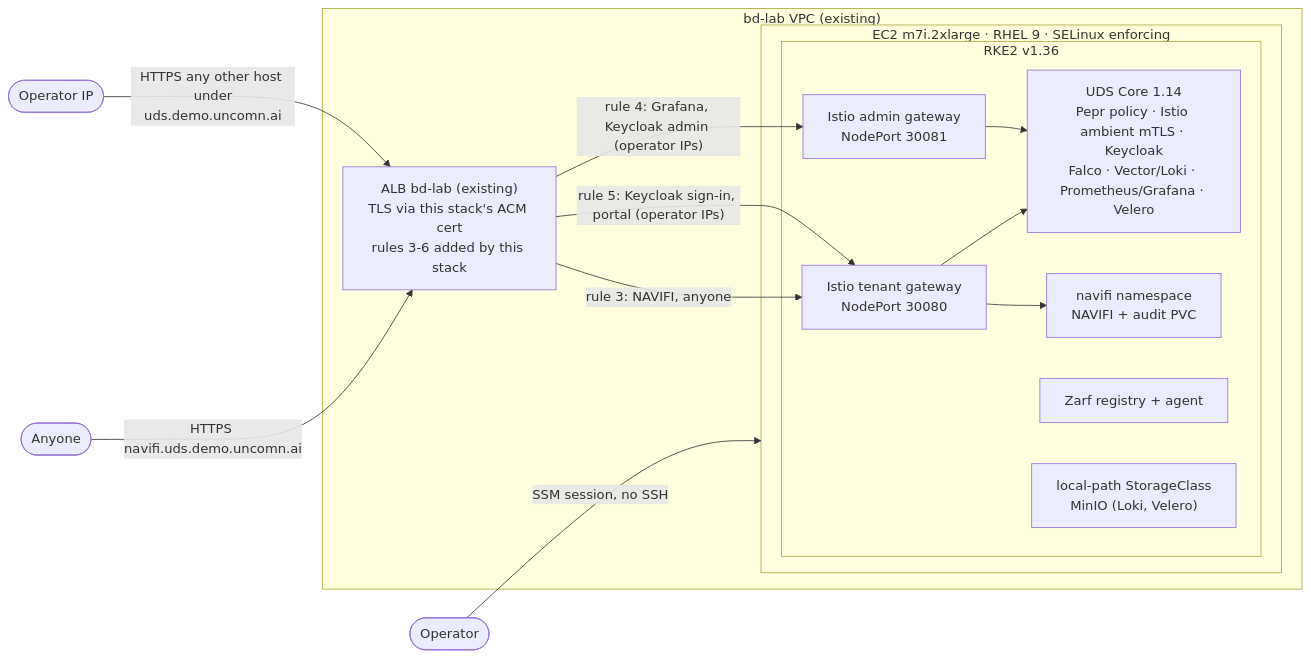
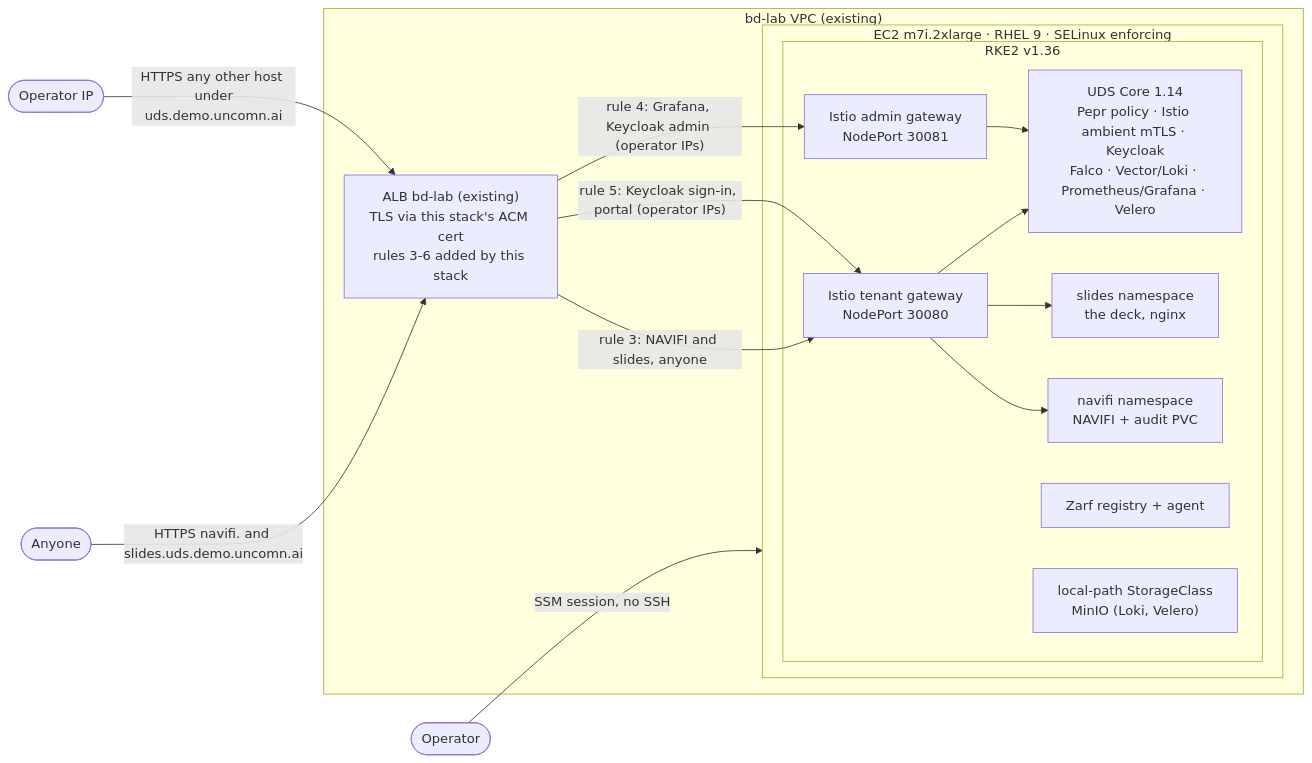
Before and after one commit to bschumacher-uncomn/HAWSIR: the diagram in infra/README.md, drawn with Mermaid. The commit also changed other lines of this file and 10 other files, not shown here.

Commit message:
Slides site: HAWSIR deck at slides.uds.demo.uncomn.ai (viewer, presenter view, PDF/PPTX downloads, zarf package)

````diff
--- a/infra/README.md
+++ b/infra/README.md
@@ -11,24 +11,26 @@
 ```mermaid
 flowchart LR
-  user([Anyone]) -->|"HTTPS navifi.uds.demo.uncomn.ai"| alb
+  user([Anyone]) -->|"HTTPS navifi. and slides.uds.demo.uncomn.ai"| alb
   opr([Operator IP]) -->|"HTTPS any other host under<br/>uds.demo.uncomn.ai"| alb
   ssm([Operator]) -->|SSM session, no SSH| node
 
   subgraph aws["bd-lab VPC (existing)"]
     alb["ALB bd-lab (existing)<br/>TLS via this stack's ACM cert<br/>rules 3-6 added by this stack"]
     subgraph node["EC2 m7i.2xlarge · RHEL 9 · SELinux enforcing"]
       subgraph rke2["RKE2 v1.36"]
         tgw["Istio tenant gateway<br/>NodePort 30080"]
         agw["Istio admin gateway<br/>NodePort 30081"]
         app["navifi namespace<br/>NAVIFI + audit PVC"]
+        deck["slides namespace<br/>the deck, nginx"]
         core["UDS Core 1.14<br/>Pepr policy · Istio ambient mTLS · Keycloak<br/>Falco · Vector/Loki · Prometheus/Grafana · Velero"]
         zarf["Zarf registry + agent"]
         store["local-path StorageClass<br/>MinIO (Loki, Velero)"]
       end
     end
   end
 
-  alb -->|"rule 3: NAVIFI, anyone"| tgw --> app
+  alb -->|"rule 3: NAVIFI and slides, anyone"| tgw --> app
+  tgw --> deck
   alb -->|"rule 5: Keycloak sign-in, portal (operator IPs)"| tgw --> core
   alb -->|"rule 4: Grafana, Keycloak admin (operator IPs)"| agw --> core
 ```
````
